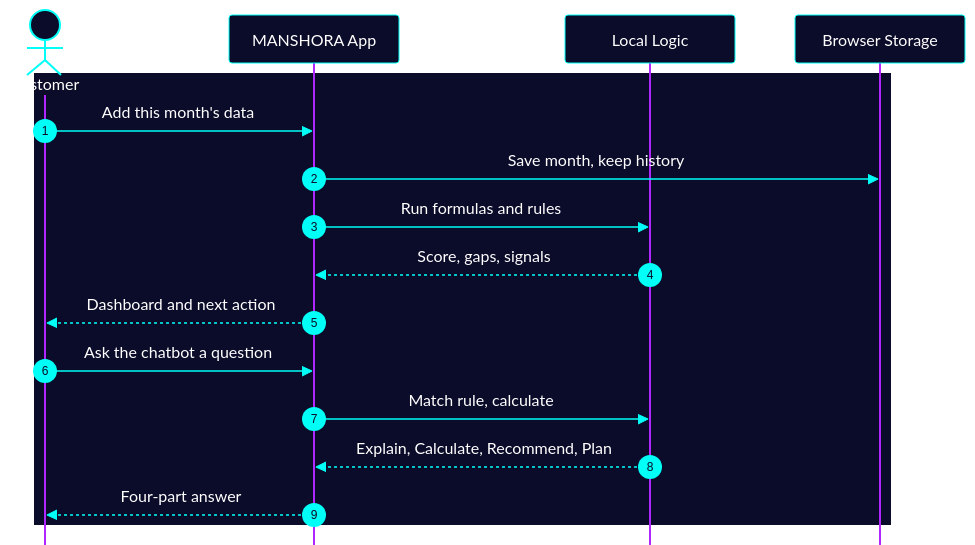
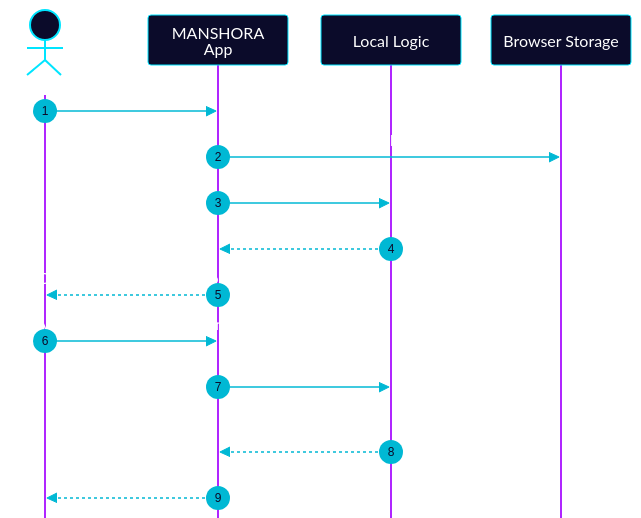
Before and after one commit to Mansi232323/MANSHORA: the sixth of 17 diagrams in README.md, drawn with Mermaid. The commit also changed other lines of this file, not shown here.

````diff
--- a/README.md
+++ b/README.md
@@ -263,20 +258,18 @@
 ```mermaid
-%%{init: {'theme':'base','themeVariables':{'fontSize':'15px','fontFamily':'Arial, Helvetica, sans-serif','primaryColor':'#0b0b2a','primaryTextColor':'#ffffff','primaryBorderColor':'#00fff7','textColor':'#ffffff','lineColor':'#00fff7','actorBkg':'#0b0b2a','actorBorder':'#00fff7','actorTextColor':'#ffffff','actorLineColor':'#b026ff','signalColor':'#00fff7','signalTextColor':'#ffffff','labelBoxBkgColor':'#0b0b2a','labelBoxBorderColor':'#00fff7','labelTextColor':'#ffffff','loopTextColor':'#ffffff','noteBkgColor':'#2b2600','noteTextColor':'#ffffff','noteBorderColor':'#fff200','activationBkgColor':'#042f3a','activationBorderColor':'#00fff7','sequenceNumberColor':'#0b0b2a','background':'#0b0b2a'},'sequence':{'actorMargin':60,'messageMargin':34,'boxMargin':10,'mirrorActors':false,'width':170,'height':48}}}%%
+%%{init: {'theme':'base','themeVariables':{'fontSize':'16px','fontFamily':'Arial, Helvetica, sans-serif','primaryColor':'#0b0b2a','primaryTextColor':'#ffffff','primaryBorderColor':'#00e5ff','textColor':'#ffffff','lineColor':'#00b8d4','actorBkg':'#0b0b2a','actorBorder':'#00e5ff','actorTextColor':'#ffffff','actorLineColor':'#b026ff','signalColor':'#00b8d4','signalTextColor':'#ffffff','labelBoxBkgColor':'#0b0b2a','labelBoxBorderColor':'#00e5ff','labelTextColor':'#ffffff','loopTextColor':'#ffffff','noteBkgColor':'#3a3200','noteTextColor':'#ffffff','noteBorderColor':'#fff200','activationBkgColor':'#042f3a','activationBorderColor':'#00e5ff','sequenceNumberColor':'#0b0b2a'},'sequence':{'actorMargin':30,'messageMargin':36,'boxMargin':8,'mirrorActors':false,'width':140,'height':50,'wrap':true,'messageFontSize':15,'actorFontSize':15,'useMaxWidth':true}}}%%
 sequenceDiagram
     autonumber
     actor U as Customer
     participant A as MANSHORA App
     participant L as Local Logic
     participant S as Browser Storage
-    rect rgb(11, 11, 42)
-        U->>A: Add this month's data
-        A->>S: Save month, keep history
-        A->>L: Run formulas and rules
-        L-->>A: Score, gaps, signals
-        A-->>U: Dashboard and next action
-        U->>A: Ask the chatbot a question
-        A->>L: Match rule, calculate
-        L-->>A: Explain, Calculate, Recommend, Plan
-        A-->>U: Four-part answer
-    end
+    U->>A: Add this month's data
+    A->>S: Save month, keep history
+    A->>L: Run formulas and rules
+    L-->>A: Score, gaps, signals
+    A-->>U: Dashboard and next action
+    U->>A: Ask the chatbot a question
+    A->>L: Match rule, calculate
+    L-->>A: Explain, Calculate, Recommend, Plan
+    A-->>U: Four-part answer
 ```
````
